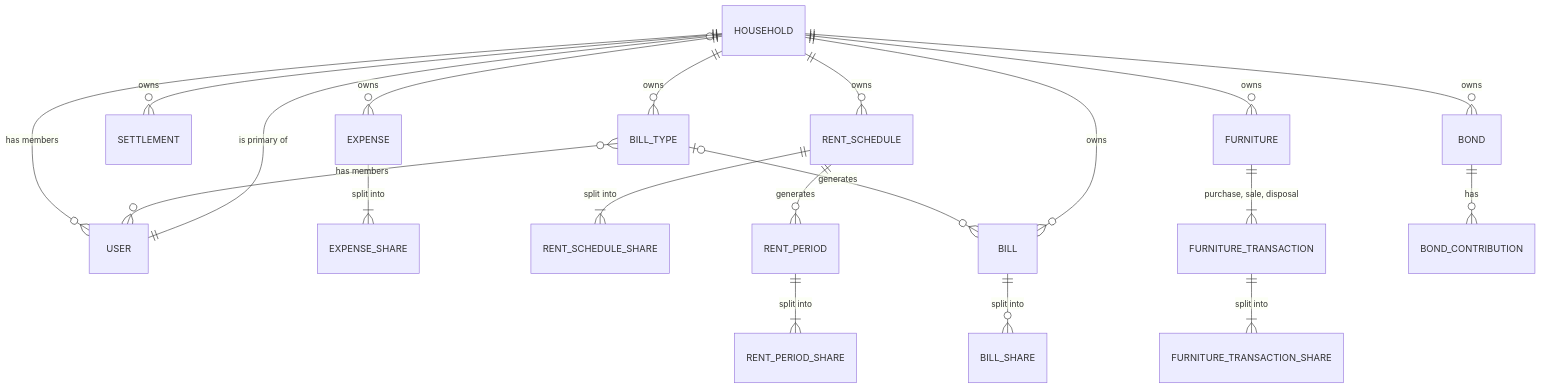
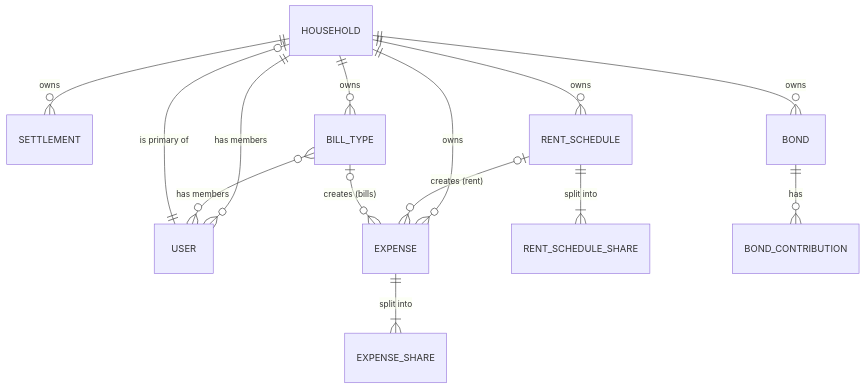
Before and after one commit to wanchaiS/ezyhouse: the second of 2 diagrams in Backend/backend.md, drawn with Mermaid. The commit also changed other lines of this file and 92 other files, not shown here.

````diff
--- a/Backend/backend.md
+++ b/Backend/backend.md
@@ -269,22 +260,16 @@
 ```mermaid
 erDiagram
     HOUSEHOLD ||--o{ USER : "has members"
     USER ||--o| HOUSEHOLD : "is primary of"
     HOUSEHOLD ||--o{ EXPENSE : owns
     EXPENSE ||--|{ EXPENSE_SHARE : "split into"
     HOUSEHOLD ||--o{ SETTLEMENT : owns
     HOUSEHOLD ||--o{ RENT_SCHEDULE : owns
     RENT_SCHEDULE ||--|{ RENT_SCHEDULE_SHARE : "split into"
-    RENT_SCHEDULE ||--o{ RENT_PERIOD : generates
-    RENT_PERIOD ||--|{ RENT_PERIOD_SHARE : "split into"
+    RENT_SCHEDULE |o--o{ EXPENSE : "creates (rent)"
     HOUSEHOLD ||--o{ BILL_TYPE : owns
     BILL_TYPE }o--o{ USER : "has members"
-    BILL_TYPE |o--o{ BILL : generates
-    HOUSEHOLD ||--o{ BILL : owns
-    BILL ||--o{ BILL_SHARE : "split into"
-    HOUSEHOLD ||--o{ FURNITURE : owns
-    FURNITURE ||--|{ FURNITURE_TRANSACTION : "purchase, sale, disposal"
-    FURNITURE_TRANSACTION ||--|{ FURNITURE_TRANSACTION_SHARE : "split into"
+    BILL_TYPE |o--o{ EXPENSE : "creates (bills)"
     HOUSEHOLD ||--o{ BOND : owns
     BOND ||--o{ BOND_CONTRIBUTION : has
 ```
````
